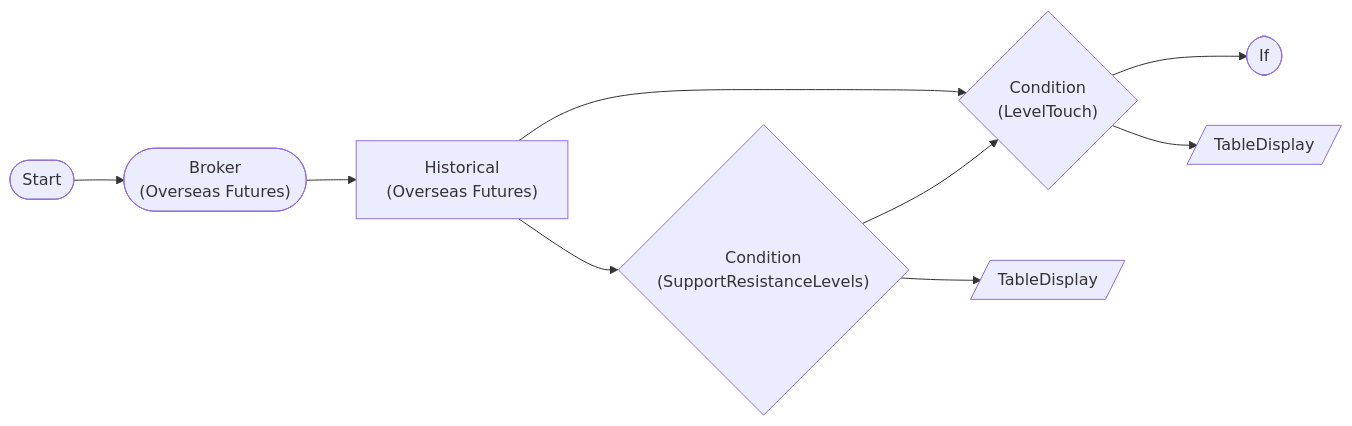
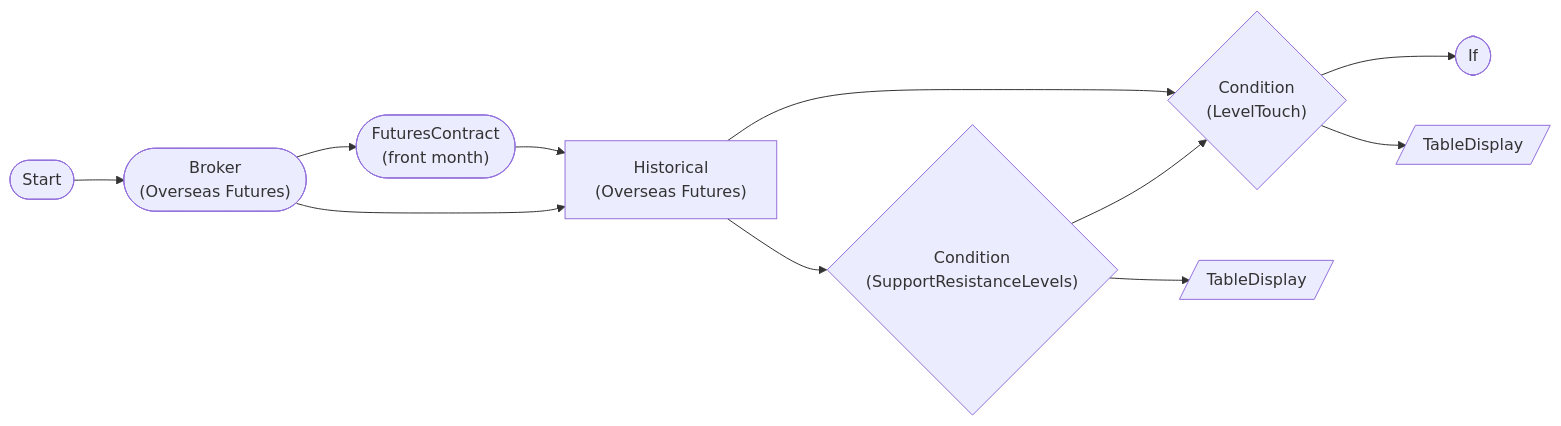
One commit to programgarden/programgarden changed the diagram in src/programgarden/examples/workflows/47-sr-level-touch.md. Above: the diagram before and after it, drawn with Mermaid. The commit also changed other lines of this file and 43 other files, not shown here.

First line of the commit message:
feat(futures): 월물 하드코딩 근본 제거 — FuturesContractNode 신설 + 예제 16건 전환

````diff
--- a/src/programgarden/examples/workflows/47-sr-level-touch.md
+++ b/src/programgarden/examples/workflows/47-sr-level-touch.md
@@ -7,23 +9,27 @@
 ```mermaid
 graph LR
     start(["Start"])
     broker(["Broker
 (Overseas Futures)"])
+    contract(["FuturesContract
+(front month)"])
     hist["Historical
 (Overseas Futures)"]
     detect_levels{"Condition
 (SupportResistanceLevels)"}
     touch_check{"Condition
 (LevelTouch)"}
     if_buy(["If"])
     sr_table[/"TableDisplay"/]
     touch_table[/"TableDisplay"/]
     start --> broker
+    broker --> contract
+    contract --> hist
     broker --> hist
     hist --> detect_levels
     hist --> touch_check
     detect_levels --> touch_check
     touch_check --> if_buy
     detect_levels --> sr_table
     touch_check --> touch_table
 ```
````
